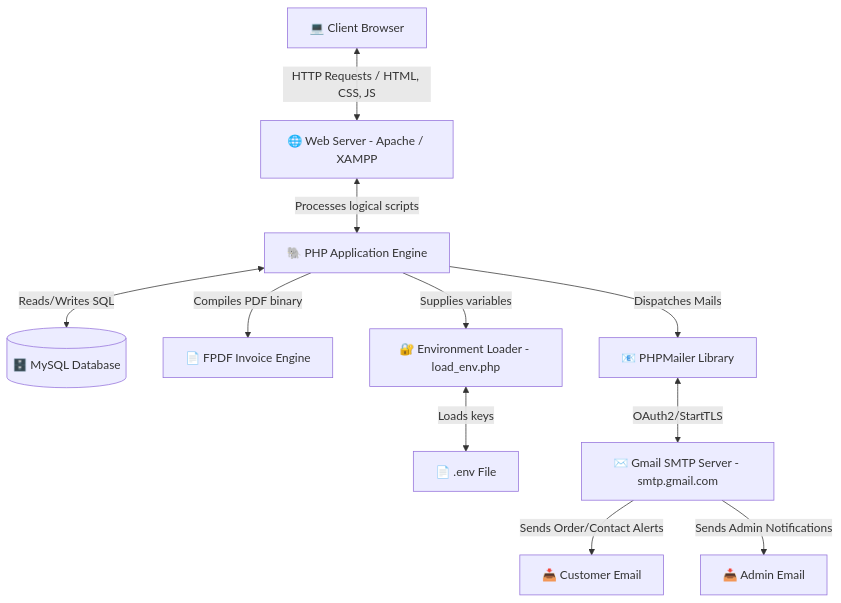
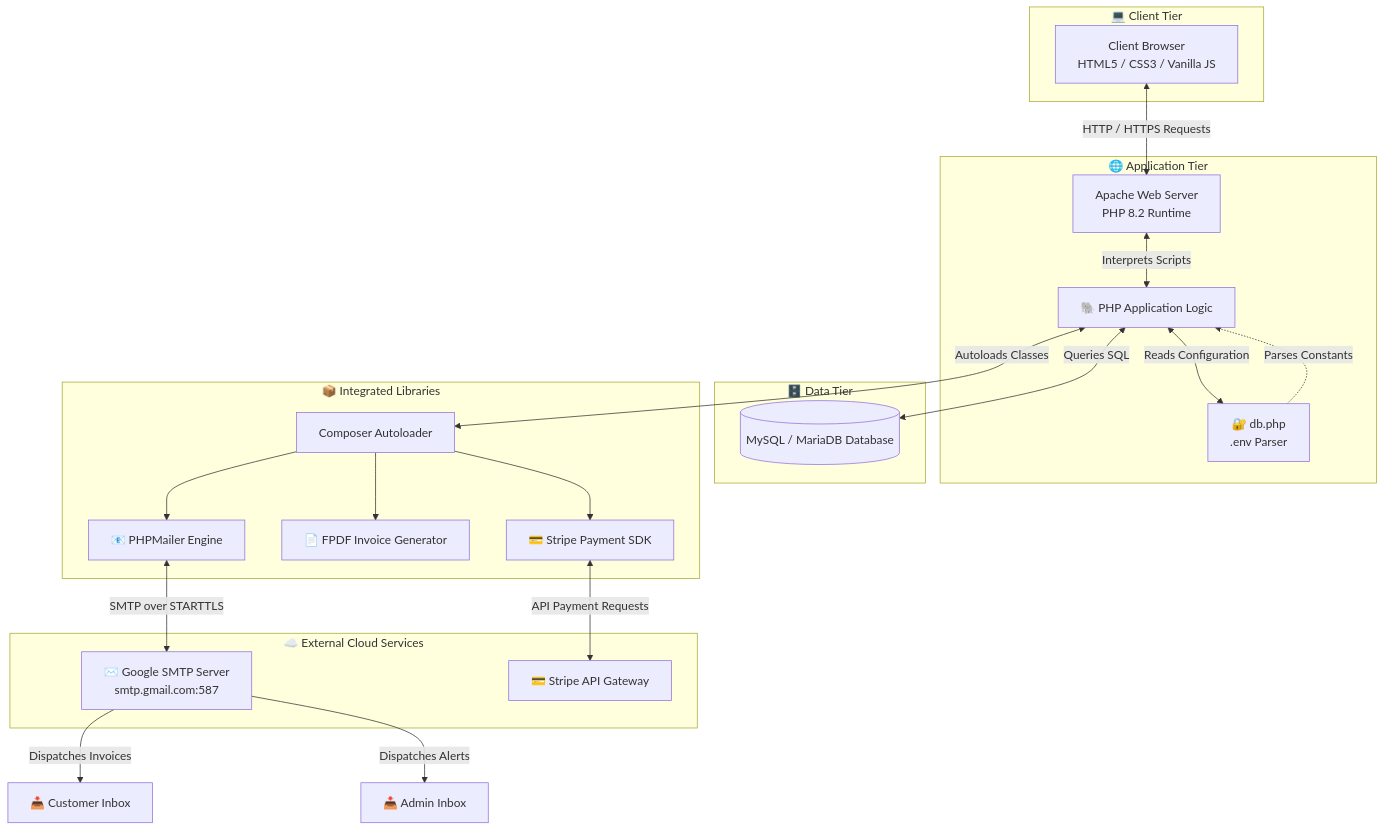
One commit to Hetansh20/Scentaura changed the first of 4 diagrams in readme.md. Above: the diagram before and after it, drawn with Mermaid. The commit also changed other lines of this file, not shown here.

Commit message:
docs: update readme with comprehensive system architecture, order flow, and database schema diagrams

````diff
--- a/readme.md
+++ b/readme.md
@@ -42,13 +30,51 @@
 ```mermaid
 graph TD
-    Client[💻 Client Browser] <-->|HTTP Requests / HTML, CSS, JS| WebServer[🌐 Web Server - Apache / XAMPP]
-    WebServer <-->|Processes logical scripts| PHP[🐘 PHP Application Engine]
-    PHP <-->|Reads/Writes SQL| MySQL[(🗄️ MySQL Database)]
-    PHP -->|Compiles PDF binary| FPDF[📄 FPDF Invoice Engine]
-    PHP -->|Supplies variables| LoadEnv[🔐 Environment Loader - load_env.php]
-    LoadEnv <-->|Loads keys| EnvFile[📄 .env File]
-    PHP -->|Dispatches Mails| PHPMailer[📧 PHPMailer Library]
-    PHPMailer <-->|OAuth2/StartTLS| SMTP[✉️ Gmail SMTP Server - smtp.gmail.com]
-    SMTP -->|Sends Order/Contact Alerts| CustomerInbox[📥 Customer Email]
-    SMTP -->|Sends Admin Notifications| AdminInbox[📥 Admin Email]
+    subgraph Client Tier [💻 Client Tier]
+        Client[Client Browser <br/> HTML5 / CSS3 / Vanilla JS]
+    end
+
+    subgraph Application Tier [🌐 Application Tier]
+        WebServer[Apache Web Server <br/> PHP 8.2 Runtime]
+        PHP[🐘 PHP Application Logic]
+        EnvLoader[🔐 db.php <br/> .env Parser]
+    end
+
+    subgraph Data Tier [🗄️ Data Tier]
+        MySQL[(MySQL / MariaDB Database)]
+    end
+
+    subgraph Third-Party Libraries [📦 Integrated Libraries]
+        Composer[Composer Autoloader]
+        PHPMailer[📧 PHPMailer Engine]
+        FPDF[📄 FPDF Invoice Generator]
+        StripeSDK[💳 Stripe Payment SDK]
+    end
+
+    subgraph External Services [☁️ External Cloud Services]
+        GmailSMTP[✉️ Google SMTP Server <br/> smtp.gmail.com:587]
+        StripeGateway[💳 Stripe API Gateway]
+    end
+
+    %% Client and Server Communication
+    Client <-->|HTTP / HTTPS Requests| WebServer
+    WebServer <-->|Interprets Scripts| PHP
+    
+    %% Environment loader and dependencies
+    PHP <-->|Reads Configuration| EnvLoader
+    EnvLoader -.->|Parses Constants| PHP
+    PHP <-->|Autoloads Classes| Composer
+    Composer --> PHPMailer
+    Composer --> FPDF
+    Composer --> StripeSDK
+
+    %% Database Operations
+    PHP <-->|Queries SQL| MySQL
+
+    %% External Connections
+    PHPMailer <-->|SMTP over STARTTLS| GmailSMTP
+    StripeSDK <-->|API Payment Requests| StripeGateway
+    
+    %% Email Delivery
+    GmailSMTP -->|Dispatches Invoices| CustomerEmail[📥 Customer Inbox]
+    GmailSMTP -->|Dispatches Alerts| AdminEmail[📥 Admin Inbox]
 ```
````
